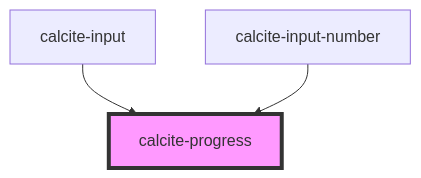
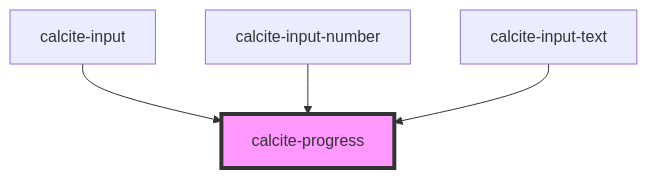
The diagram in src/components/progress/readme.md (vikivakarvc/calcite-design-system), drawn with Mermaid before and after one commit. The commit also changed other lines of this file and 4 other files, not shown here.

````diff
--- a/src/components/progress/readme.md
+++ b/src/components/progress/readme.md
@@ -34,6 +35,7 @@
 ```mermaid
 graph TD;
   calcite-input --> calcite-progress
   calcite-input-number --> calcite-progress
+  calcite-input-text --> calcite-progress
   style calcite-progress fill:#f9f,stroke:#333,stroke-width:4px
 ```
````
